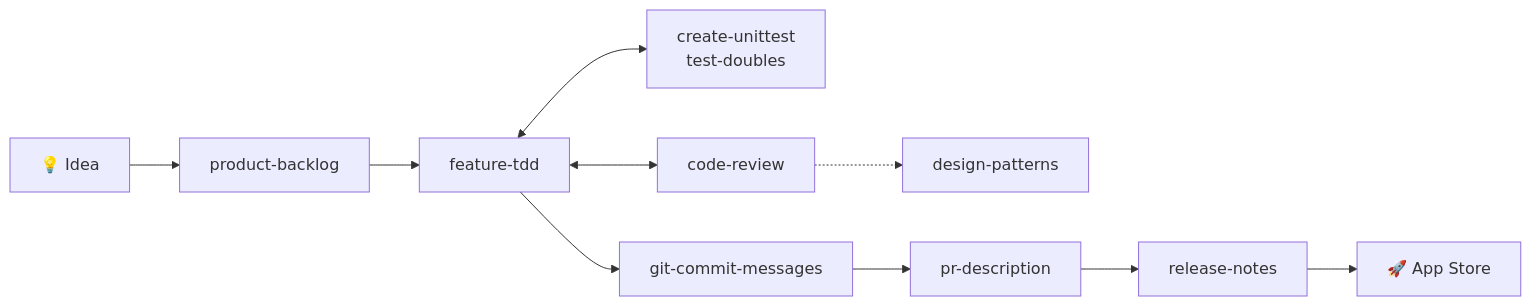
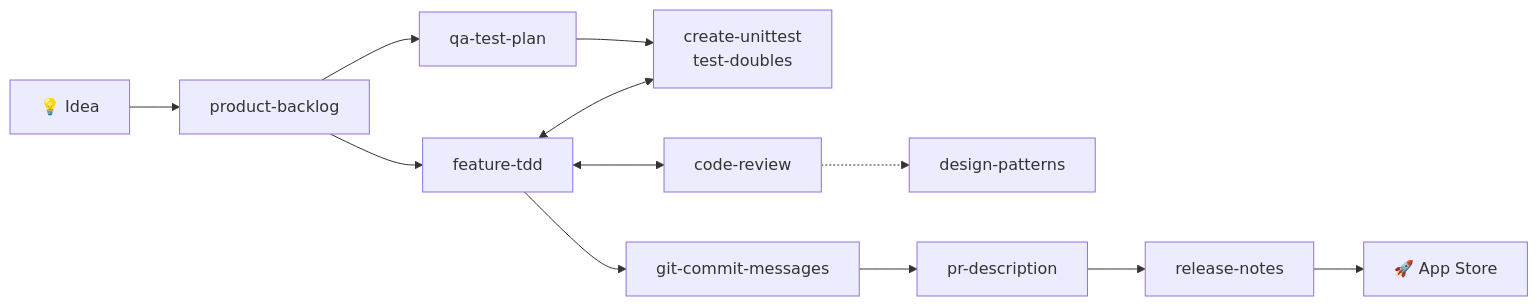
The diagram in README.md (mariogarcias/my-config), drawn with Mermaid before and after one commit. The commit also changed other lines of this file and 3 other files, not shown here.

````diff
--- a/README.md
+++ b/README.md
@@ -29,12 +30,14 @@
 ```mermaid
 flowchart LR
     A[💡 Idea] --> B[product-backlog]
     B --> C[feature-tdd]
+    B --> Q[qa-test-plan]
+    Q --> D
     C <--> D[create-unittest<br/>test-doubles]
     C <--> E[code-review]
     E -.-> F[design-patterns]
     C --> G[git-commit-messages]
     G --> H[pr-description]
     H --> I[release-notes]
     I --> J[🚀 App Store]
 ```
````
